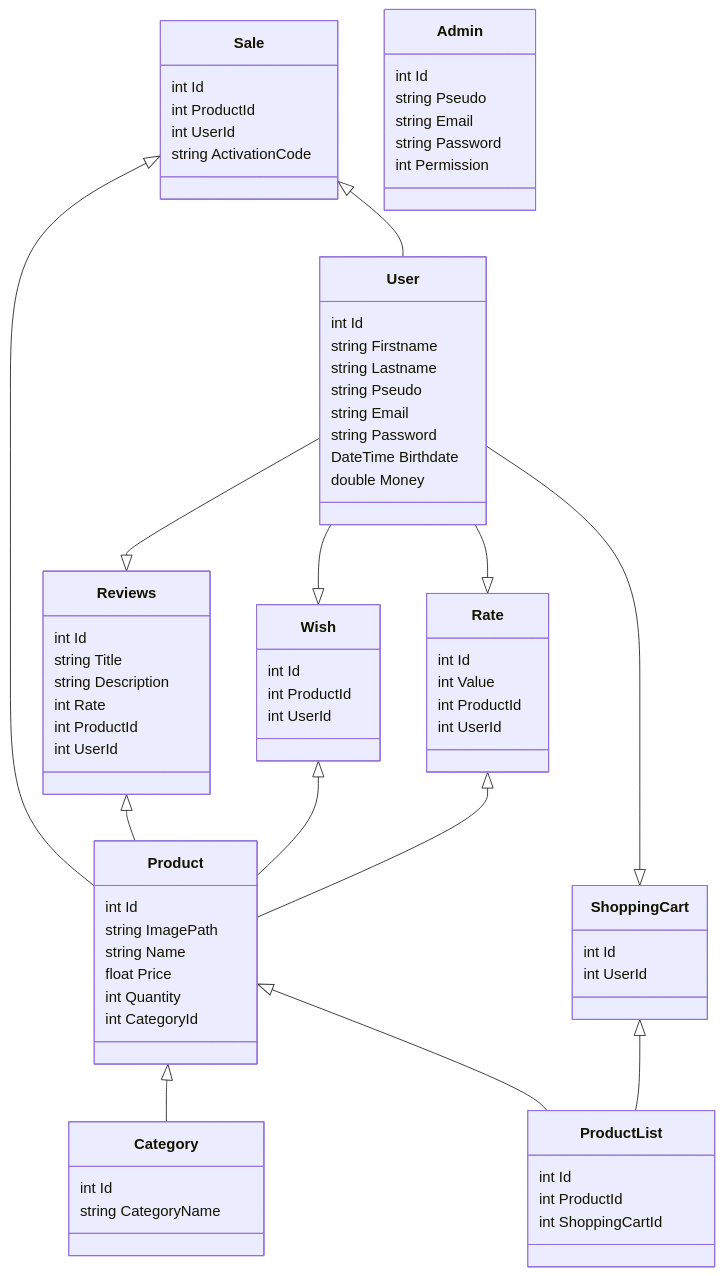
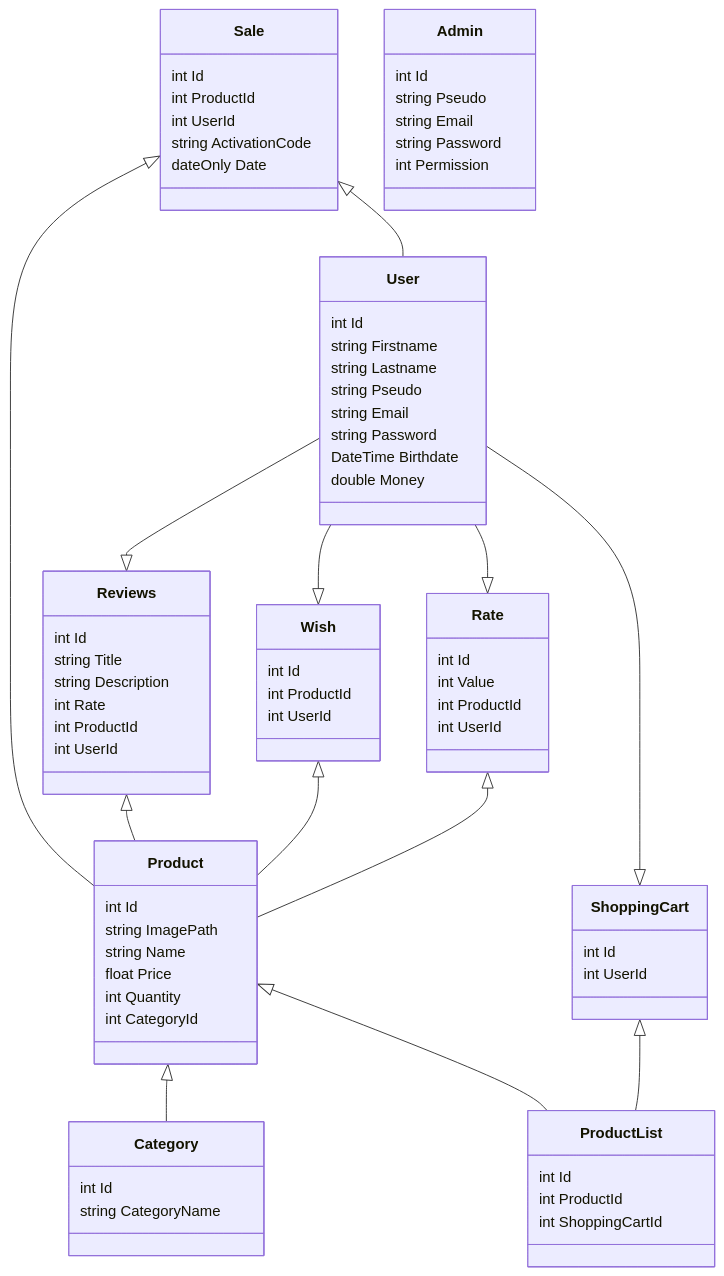
One commit to voluxyy/e-commerce changed the diagram in readme.md. Above: the diagram before and after it, drawn with Mermaid.

Commit message:
fix: readme missing date only for sale

````diff
--- a/readme.md
+++ b/readme.md
@@ -30,79 +30,80 @@
 ```mermaid
 classDiagram
     User --|> Reviews
     User --|> Wish
     User --|> Rate
     User --|> ShoppingCart
     Product <|-- Category
     Product <|-- ProductList
     ShoppingCart <|-- ProductList
     Reviews <|-- Product
     Rate <|-- Product
     Wish <|-- Product
     Sale <|-- Product
     Sale <|-- User
 
     class Sale{
         int Id
         int ProductId
         int UserId
         string ActivationCode
+        dateOnly Date
     }
     class Wish{
         int Id
         int ProductId
         int UserId
     }
     class Product{
         int Id
         string ImagePath
         string Name
         float Price
         int Quantity
         int CategoryId
     }
     class Rate{
         int Id
         int Value
         int ProductId
         int UserId
     }
     class ProductList{
         int Id
         int ProductId
         int ShoppingCartId
     }
     class ShoppingCart{
         int Id
         int UserId
     }
     class Category{
         int Id
         string CategoryName
     }
     class User{
         int Id
         string Firstname
         string Lastname
         string Pseudo
         string Email
         string Password
         DateTime Birthdate
         double Money
     }
     class Reviews{
         int Id
         string Title
         string Description
         int Rate
         int ProductId
         int UserId
     }
     class Admin{
         int Id
         string Pseudo
         string Email
         string Password
         int Permission
     }
 ```
````
